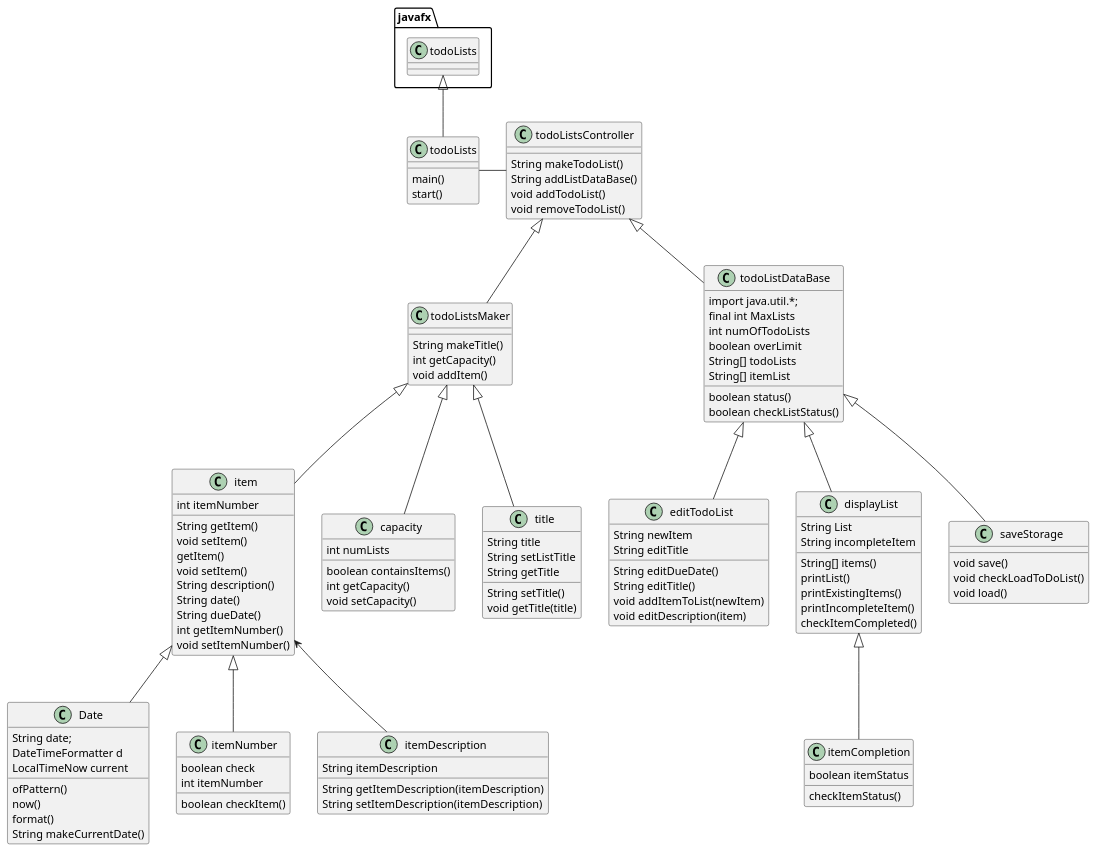
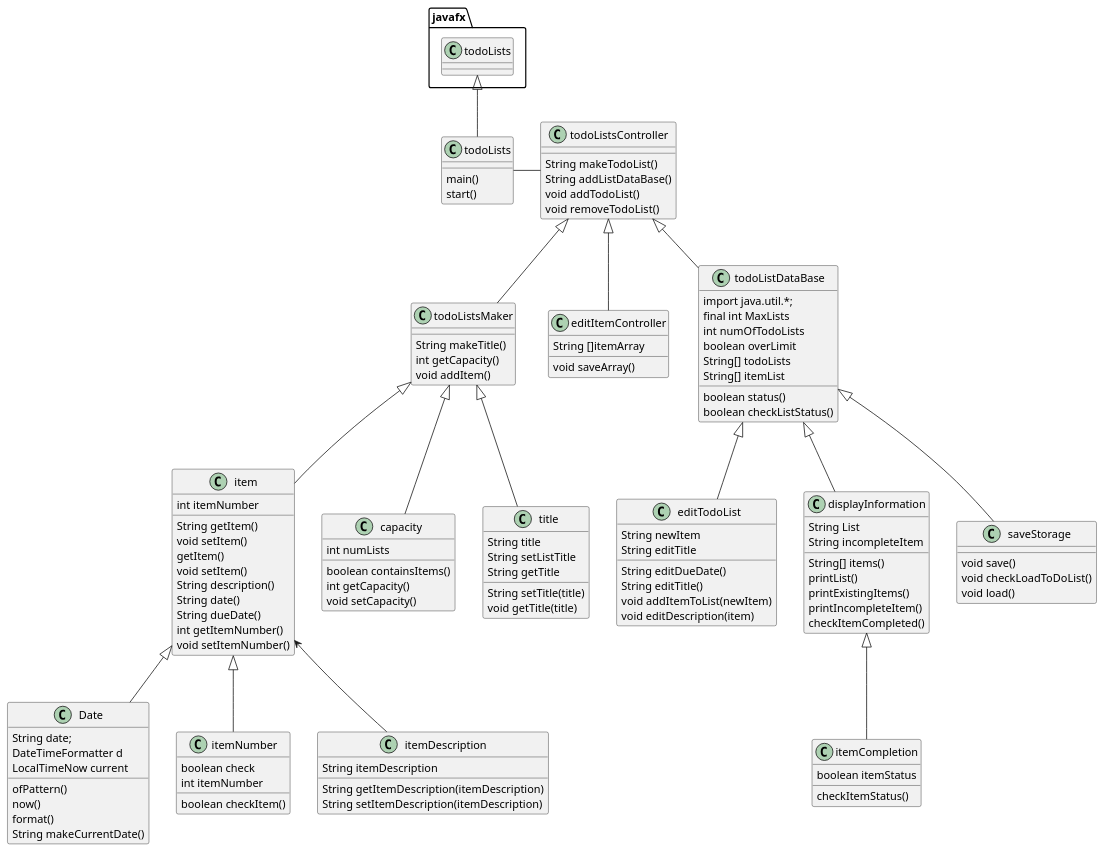
The diagram in UML/ListApplication.puml (vincentv1345/verapen-cop3330-assignment4), drawn with PlantUML before and after one commit. The commit also changed 34 other files, not shown here.

```diff
--- a/UML/ListApplication.puml
+++ b/UML/ListApplication.puml
@@ -1,114 +1,119 @@
 @startuml
 'https://plantuml.com/class-diagram
 
 class todoLists{
     main()
     start()
 }
 class todoListsController{
 String makeTodoList()
 String addListDataBase()
 void addTodoList()
 void removeTodoList()
 }
 class todoListsMaker{
 String makeTitle()
 int getCapacity()
 void addItem()
 
 }
 class item{
 String getItem()
 void setItem()
 int itemNumber
 getItem()
 void setItem()
 String description()
 String date()
 String dueDate()
 int getItemNumber()
 void setItemNumber()
 }
 class itemCompletion{
 boolean itemStatus
 checkItemStatus()
 }
 class capacity{
 int numLists
 boolean containsItems()
 int getCapacity()
 void setCapacity()
 }
+class editItemController{
+String []itemArray
+void saveArray()
+}
 class title{
 String title
 String setListTitle
 String getTitle
-String setTitle()
+String setTitle(title)
 void getTitle(title)
 }
 class Date{
 String date;
 DateTimeFormatter d
 LocalTimeNow current
 ofPattern()
 now()
 format()
 String makeCurrentDate()
 }
 class todoListDataBase{
 import java.util.*;
 final int MaxLists
 int numOfTodoLists
 boolean overLimit
 boolean status()
 String[] todoLists
 String[] itemList
 boolean checkListStatus()
 }
 class editTodoList{
 String newItem
 String editTitle
 String editDueDate()
 String editTitle()
 void addItemToList(newItem)
 void editDescription(item)
 }
-class displayList{
+class displayInformation{
 String List
 String[] items()
 String incompleteItem
 printList()
 printExistingItems()
 printIncompleteItem()
 checkItemCompleted()
 }
 class saveStorage{
 void save()
 void checkLoadToDoList()
 void load()
 }
 class itemNumber{
 boolean check
 int itemNumber
 boolean checkItem()
 }
 class itemDescription{
 String itemDescription
 String getItemDescription(itemDescription)
 String setItemDescription(itemDescription)
 }
 todoLists - todoListsController
 todoListsController <|-- todoListsMaker
 javafx.todoLists <|-- todoLists
 todoListsMaker <|-- item
 todoListsMaker <|-- capacity
 todoListsMaker <|-- title
 item <|-- Date
 item <|-- itemNumber
 item <-- itemDescription
 todoListsController <|-- todoListDataBase
 todoListDataBase <|-- editTodoList
-todoListDataBase <|-- displayList
-displayList <|-- itemCompletion
+todoListDataBase <|-- displayInformation
+displayInformation <|-- itemCompletion
 todoListDataBase <|-- saveStorage
+todoListsController <|-- editItemController
 @enduml
```
